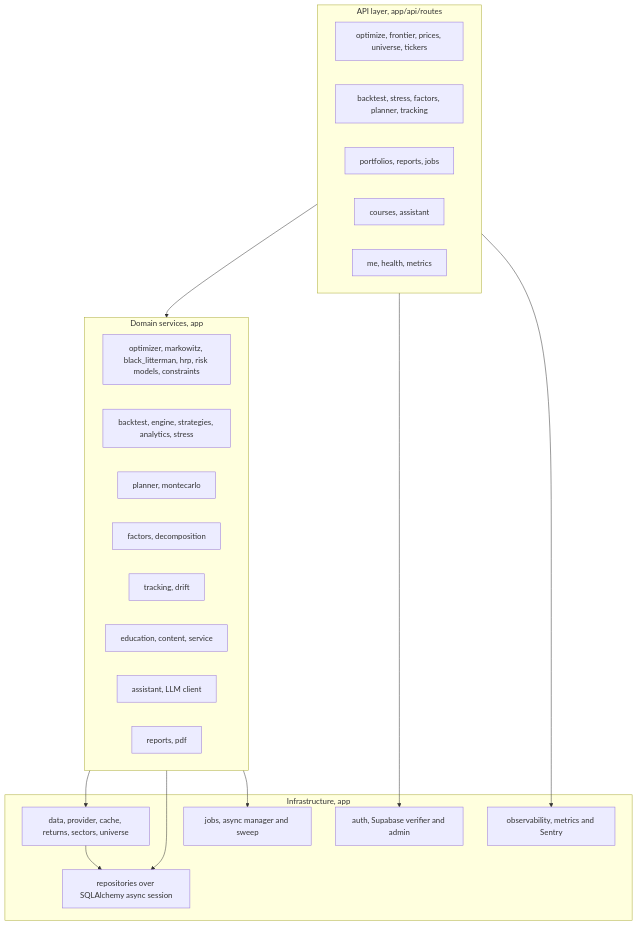
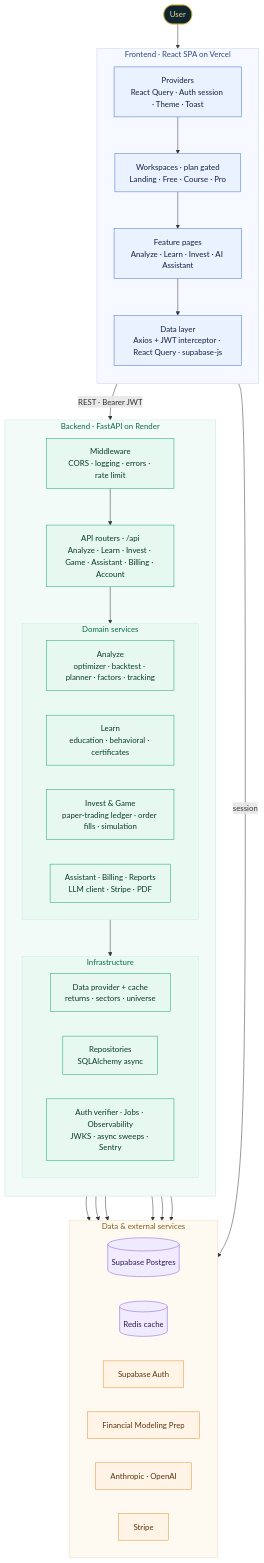
Before and after one commit to jadencutinha/optimal-portfolio: the second of 3 diagrams in ARCHITECTURE.md, drawn with Mermaid. The commit also changed other lines of this file, not shown here.

Commit message:
Rewrite ARCHITECTURE.md with polished deployment, system architecture, and data model diagrams

````diff
--- a/ARCHITECTURE.md
+++ b/ARCHITECTURE.md
@@ -132,37 +79,76 @@
 ```mermaid
-flowchart TD
-    subgraph Routing["API layer, app/api/routes"]
-      R1["optimize, frontier, prices, universe, tickers"]
-      R2["backtest, stress, factors, planner, tracking"]
-      R3["portfolios, reports, jobs"]
-      R4["courses, assistant"]
-      R5["me, health, metrics"]
+flowchart TB
+    User(["User"])
+
+    subgraph FE["Frontend · React SPA on Vercel"]
+        direction TB
+        PROV["Providers<br/>React Query · Auth session · Theme · Toast"]
+        WS["Workspaces · plan gated<br/>Landing · Free · Course · Pro"]
+        FEAT["Feature pages<br/>Analyze · Learn · Invest · AI Assistant"]
+        DL["Data layer<br/>Axios + JWT interceptor · React Query · supabase-js"]
     end
 
-    subgraph Domain["Domain services, app"]
-      Opt["optimizer, markowitz, black_litterman, hrp, risk models, constraints"]
-      Back["backtest, engine, strategies, analytics, stress"]
-      Plan["planner, montecarlo"]
-      Fac["factors, decomposition"]
-      Trk["tracking, drift"]
-      Edu["education, content, service"]
-      Asst["assistant, LLM client"]
-      Rep["reports, pdf"]
+    subgraph BE["Backend · FastAPI on Render"]
+        direction TB
+        MW["Middleware<br/>CORS · logging · errors · rate limit"]
+        ROUTES["API routers · /api<br/>Analyze · Learn · Invest · Game · Assistant · Billing · Account"]
+        subgraph DOM["Domain services"]
+            direction LR
+            DAN["Analyze<br/>optimizer · backtest · planner · factors · tracking"]
+            DLE["Learn<br/>education · behavioral · certificates"]
+            DIV["Invest & Game<br/>paper-trading ledger · order fills · simulation"]
+            DX["Assistant · Billing · Reports<br/>LLM client · Stripe · PDF"]
+        end
+        subgraph INF["Infrastructure"]
+            direction LR
+            DP["Data provider + cache<br/>returns · sectors · universe"]
+            REPO["Repositories<br/>SQLAlchemy async"]
+            SYS["Auth verifier · Jobs · Observability<br/>JWKS · async sweeps · Sentry"]
+        end
     end
 
-    subgraph Infra["Infrastructure, app"]
-      Data["data, provider, cache, returns, sectors, universe"]
-      Repo["repositories over SQLAlchemy async session"]
-      AuthV["auth, Supabase verifier and admin"]
-      Jobs["jobs, async manager and sweep"]
-      Obs["observability, metrics and Sentry"]
+    subgraph SVC["Data & external services"]
+        direction LR
+        PG[("Supabase Postgres")]
+        RD[("Redis cache")]
+        SA["Supabase Auth"]
+        FMP["Financial Modeling Prep"]
+        LLM["Anthropic · OpenAI"]
+        ST["Stripe"]
     end
 
-    Routing --> Domain
-    Routing --> AuthV
-    Domain --> Data
-    Domain --> Repo
-    Domain --> Jobs
-    Data --> Repo
-    Routing --> Obs
+    User --> PROV
+    PROV --> WS
+    WS --> FEAT
+    FEAT --> DL
+    DL -->|"REST · Bearer JWT"| MW
+    DL -->|"session"| SA
+    MW --> ROUTES
+    ROUTES --> DOM
+    DOM --> INF
+
+    REPO --> PG
+    DP --> RD
+    DP --> FMP
+    SYS --> SA
+    DX --> LLM
+    DX --> ST
+
+    classDef fe fill:#eaf1ff,stroke:#3f6fd6,color:#12233f
+    classDef be fill:#e7f8f1,stroke:#12a37a,color:#0a3a2b
+    classDef ext fill:#fff4e6,stroke:#e0912f,color:#5a3410
+    classDef store fill:#f1ebff,stroke:#7c5cd6,color:#291a52
+    classDef actor fill:#0f2630,stroke:#d4af37,color:#f0d98c
+
+    class PROV,WS,FEAT,DL fe
+    class MW,ROUTES,DAN,DLE,DIV,DX,DP,REPO,SYS be
+    class FMP,LLM,ST,SA ext
+    class PG,RD store
+    class User actor
+
+    style FE fill:#f6f9ff,stroke:#c5d7f7,color:#274a86
+    style BE fill:#f2fbf8,stroke:#bfe9dc,color:#0a6b50
+    style SVC fill:#fffaf1,stroke:#f0d9b5,color:#8a5a1f
+    style DOM fill:#eafaf3,stroke:#c9ece0,color:#0a6b50
+    style INF fill:#eafaf3,stroke:#c9ece0,color:#0a6b50
 ```
````
